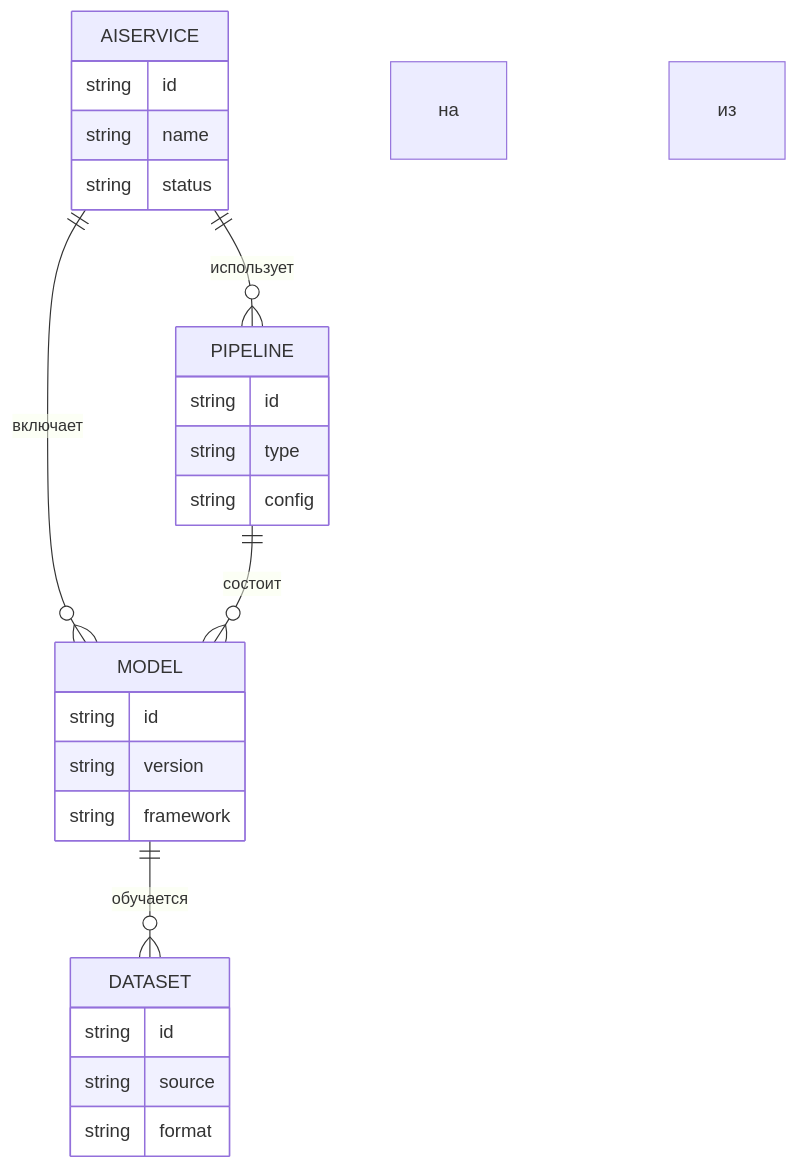
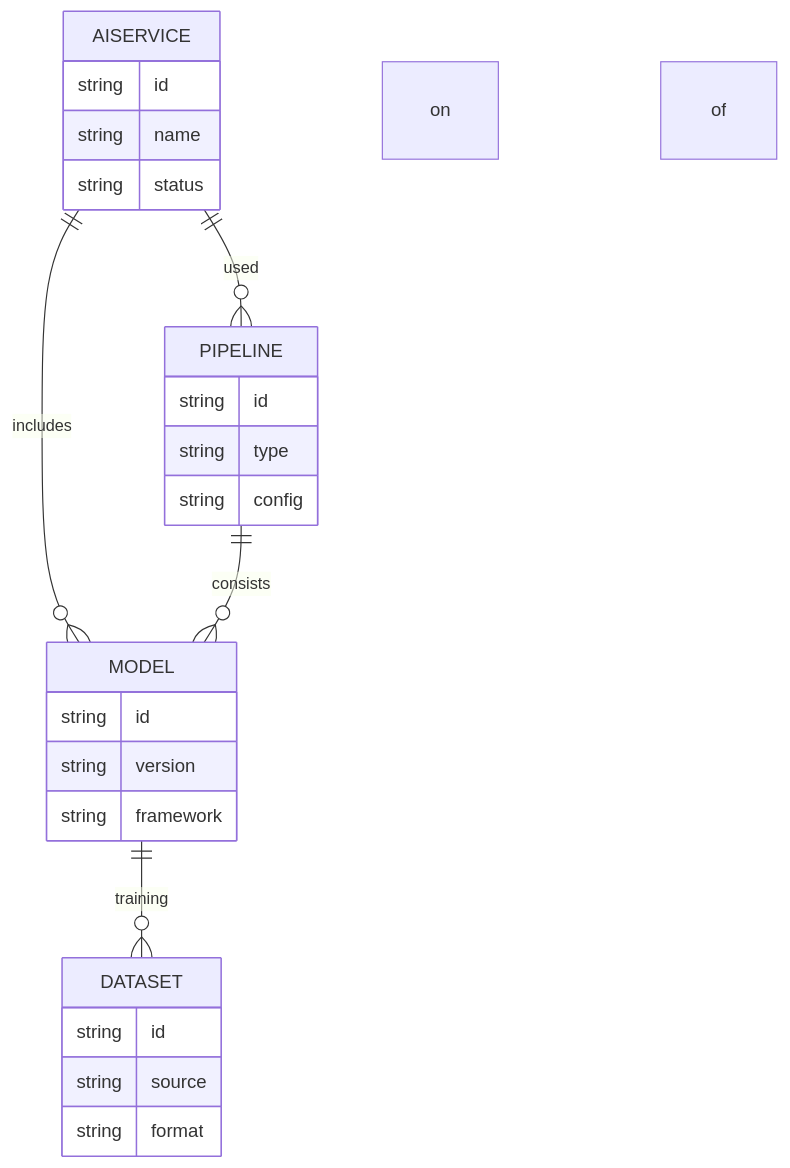
Before and after one commit to kat-spb/JustTests: the ninth of 9 diagrams in diagrams.md, drawn with Mermaid.

````diff
--- a/diagrams.md
+++ b/diagrams.md
@@ -186,31 +186,31 @@
 ```mermaid
 erDiagram
-    AISERVICE ||--o{ MODEL : включает
-    AISERVICE ||--o{ PIPELINE : использует
-    MODEL ||--o{ DATASET : обучается на
-    PIPELINE ||--o{ MODEL : состоит из
+    AISERVICE ||--o{ MODEL : includes
+    AISERVICE ||--o{ PIPELINE : used
+    MODEL ||--o{ DATASET : training on
+    PIPELINE ||--o{ MODEL : consists of
 
     AISERVICE {
         string id
         string name
         string status
     }
 
     MODEL {
         string id
         string version
         string framework
     }
 
     DATASET {
         string id
         string source
         string format
     }
 
     PIPELINE {
         string id
         string type
         string config
     }
 ```
````
